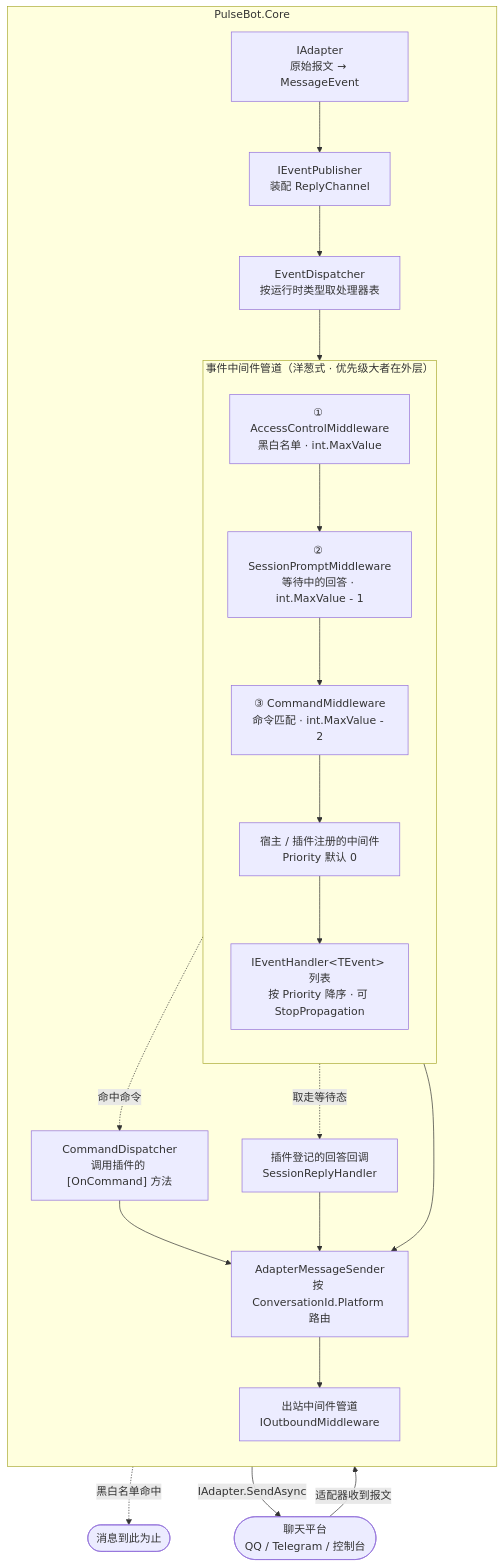
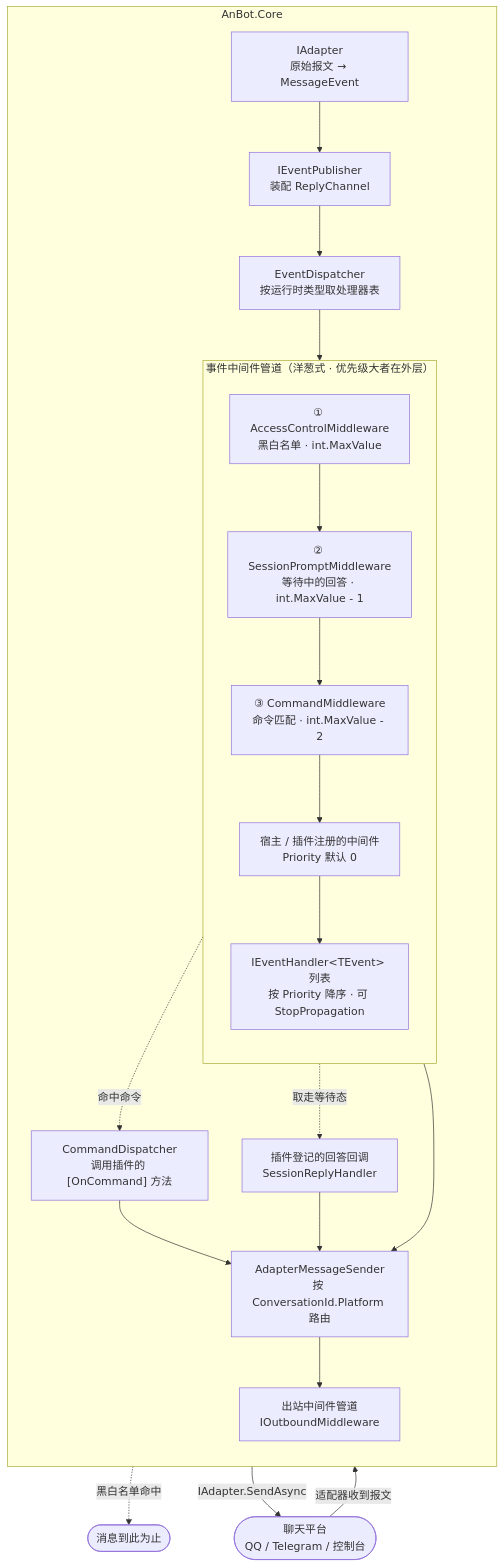
The diagram in README.md (ALNthy/PulseBot), drawn with Mermaid before and after one commit. The commit also changed other lines of this file and 408 other files, not shown here.

````diff
--- a/README.md
+++ b/README.md
@@ -142,37 +142,37 @@
 ```mermaid
 flowchart TD
     Platform(["聊天平台<br/>QQ / Telegram / 控制台"])
 
-    subgraph Core["PulseBot.Core"]
+    subgraph Core["AnBot.Core"]
         direction TB
         Adapter["IAdapter<br/>原始报文 → MessageEvent"]
         Publisher["IEventPublisher<br/>装配 ReplyChannel"]
         Dispatcher["EventDispatcher<br/>按运行时类型取处理器表"]
 
         subgraph Pipe["事件中间件管道（洋葱式 · 优先级大者在外层）"]
             direction TB
             AC["① AccessControlMiddleware<br/>黑白名单 · int.MaxValue"]
             SP["② SessionPromptMiddleware<br/>等待中的回答 · int.MaxValue - 1"]
             CM["③ CommandMiddleware<br/>命令匹配 · int.MaxValue - 2"]
             Custom["宿主 / 插件注册的中间件<br/>Priority 默认 0"]
             Handlers["IEventHandler&lt;TEvent&gt; 列表<br/>按 Priority 降序 · 可 StopPropagation"]
             AC --> SP --> CM --> Custom --> Handlers
         end
 
         Cmd["CommandDispatcher<br/>调用插件的 [OnCommand] 方法"]
         Callback["插件登记的回答回调<br/>SessionReplyHandler"]
         Sender["AdapterMessageSender<br/>按 ConversationId.Platform 路由"]
         OutMid["出站中间件管道<br/>IOutboundMiddleware"]
     end
 
     Platform -->|"适配器收到报文"| Adapter
     Adapter --> Publisher --> Dispatcher --> AC
     AC -.->|"黑白名单命中"| Blocked(["消息到此为止"])
     SP -.->|"取走等待态"| Callback
     CM -.->|"命中命令"| Cmd
     Handlers --> Sender
     Cmd --> Sender
     Callback --> Sender
     Sender --> OutMid
     OutMid -->|"IAdapter.SendAsync"| Platform
 ```
````
